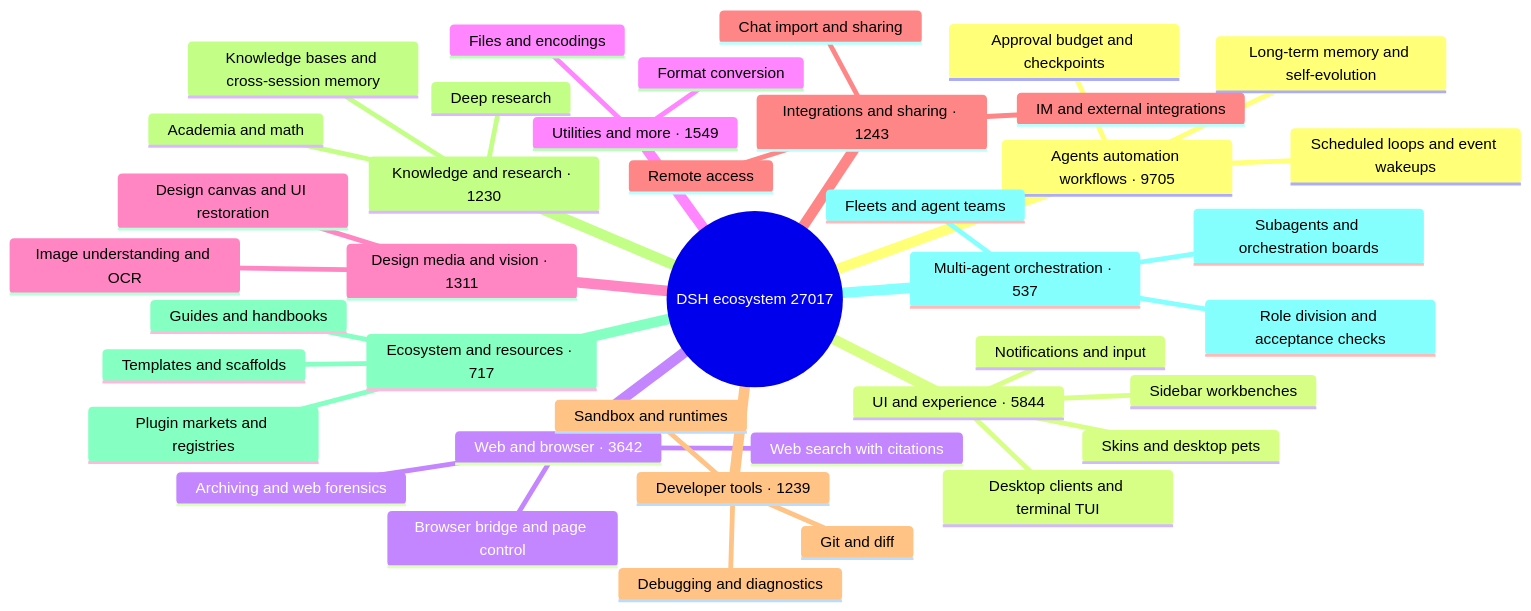
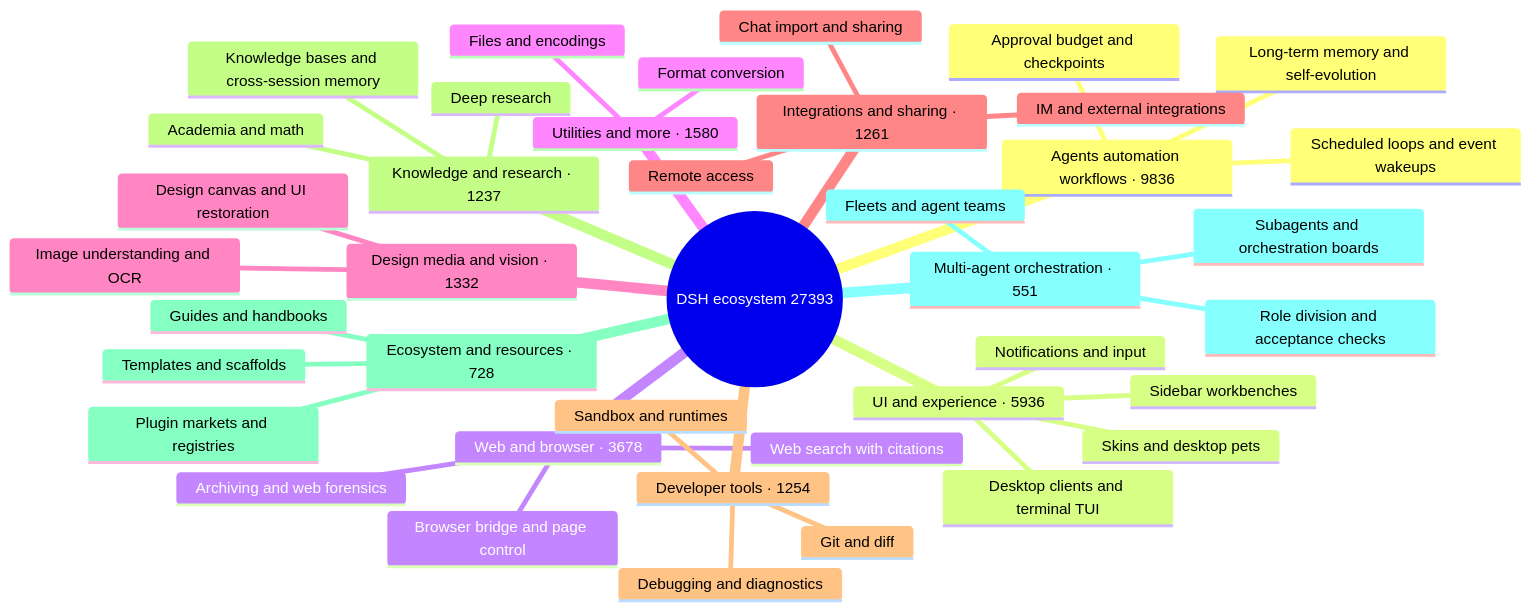
The diagram in README_EN.md (bruc3van/awesome-dsh-plugin), drawn with Mermaid before and after one commit. The commit also changed other lines of this file and 28 other files, not shown here.

````diff
--- a/README_EN.md
+++ b/README_EN.md
@@ -32,43 +32,43 @@
 ```mermaid
 mindmap
-  root((DSH ecosystem 27017))
-    Agents automation workflows · 9705
+  root((DSH ecosystem 27393))
+    Agents automation workflows · 9836
       Scheduled loops and event wakeups
       Long-term memory and self-evolution
       Approval budget and checkpoints
-    UI and experience · 5844
+    UI and experience · 5936
       Desktop clients and terminal TUI
       Sidebar workbenches
       Skins and desktop pets
       Notifications and input
-    Web and browser · 3642
+    Web and browser · 3678
       Browser bridge and page control
       Web search with citations
       Archiving and web forensics
-    Utilities and more · 1549
+    Utilities and more · 1580
       Files and encodings
       Format conversion
-    Design media and vision · 1311
+    Design media and vision · 1332
       Image understanding and OCR
       Design canvas and UI restoration
-    Integrations and sharing · 1243
+    Integrations and sharing · 1261
       Chat import and sharing
       Remote access
       IM and external integrations
-    Developer tools · 1239
+    Developer tools · 1254
       Git and diff
       Sandbox and runtimes
       Debugging and diagnostics
-    Knowledge and research · 1230
+    Knowledge and research · 1237
       Knowledge bases and cross-session memory
       Deep research
       Academia and math
-    Ecosystem and resources · 717
+    Ecosystem and resources · 728
       Plugin markets and registries
       Templates and scaffolds
       Guides and handbooks
-    Multi-agent orchestration · 537
+    Multi-agent orchestration · 551
       Subagents and orchestration boards
       Fleets and agent teams
       Role division and acceptance checks
 ```
````
